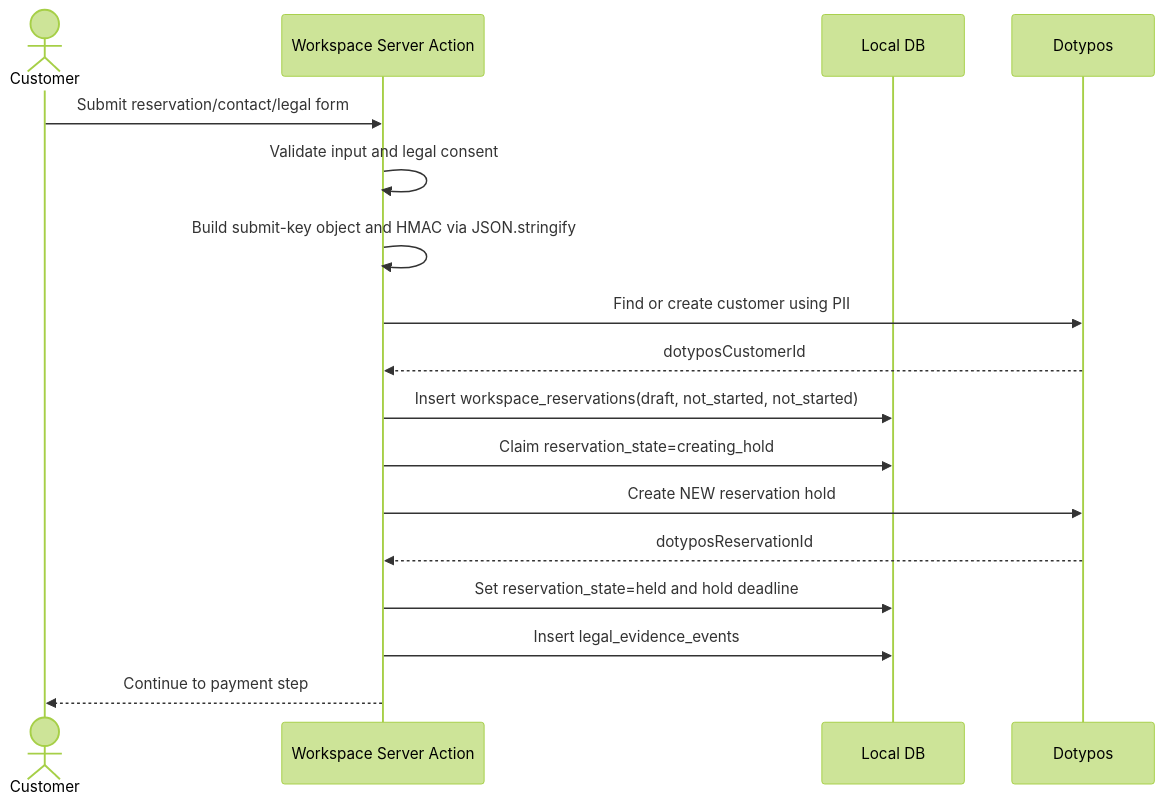
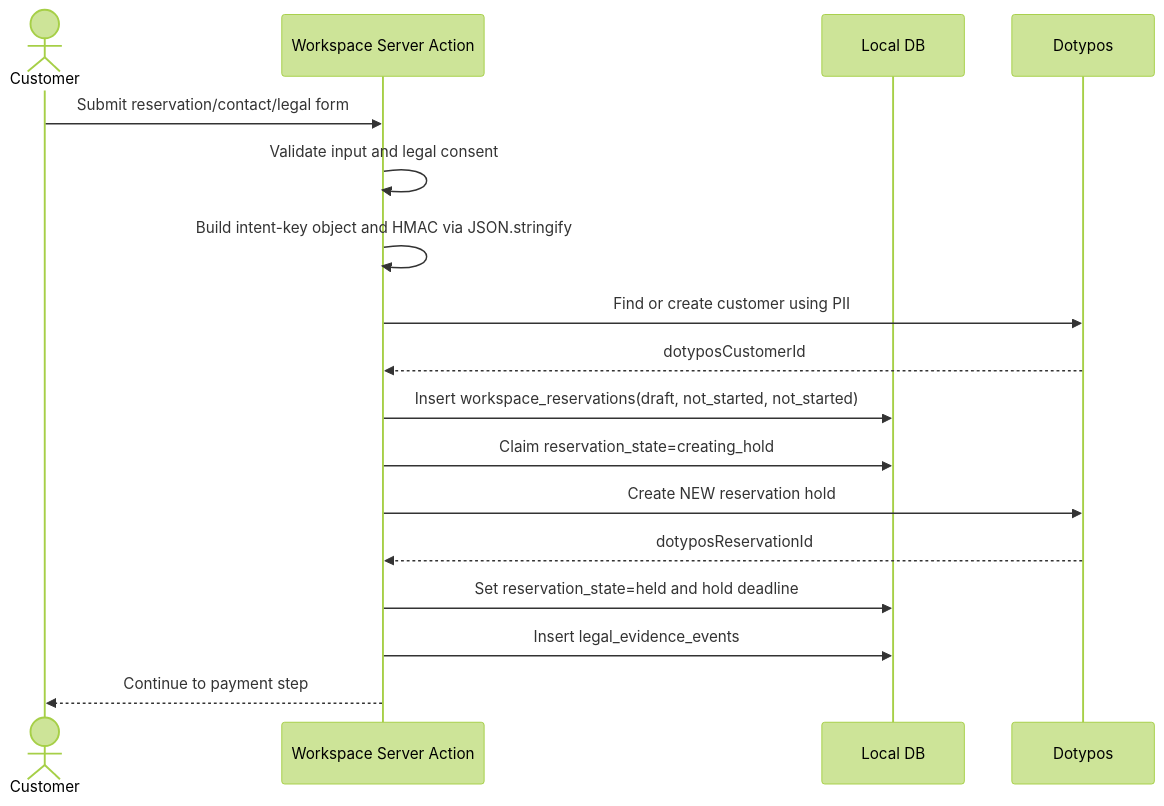
One commit to totalolage/deskohub-site changed the first of 6 diagrams in apps/deskohub-workspace/docs/checkout-lifecycle.md. Above: the diagram before and after it, drawn with Mermaid (forest theme). The commit also changed other lines of this file and 11 other files, not shown here.

Commit message:
fix(workspace): Rename reservation submit key to intent key

````diff
--- a/apps/deskohub-workspace/docs/checkout-lifecycle.md
+++ b/apps/deskohub-workspace/docs/checkout-lifecycle.md
@@ -324,20 +328,20 @@
 ```mermaid
 sequenceDiagram
   actor Customer
   participant App as Workspace Server Action
   participant DB as Local DB
   participant Dotypos
 
   Customer->>App: Submit reservation/contact/legal form
   App->>App: Validate input and legal consent
-  App->>App: Build submit-key object and HMAC via JSON.stringify
+  App->>App: Build intent-key object and HMAC via JSON.stringify
   App->>Dotypos: Find or create customer using PII
   Dotypos-->>App: dotyposCustomerId
   App->>DB: Insert workspace_reservations(draft, not_started, not_started)
   App->>DB: Claim reservation_state=creating_hold
   App->>Dotypos: Create NEW reservation hold
   Dotypos-->>App: dotyposReservationId
   App->>DB: Set reservation_state=held and hold deadline
   App->>DB: Insert legal_evidence_events
   App-->>Customer: Continue to payment step
 ```
````
